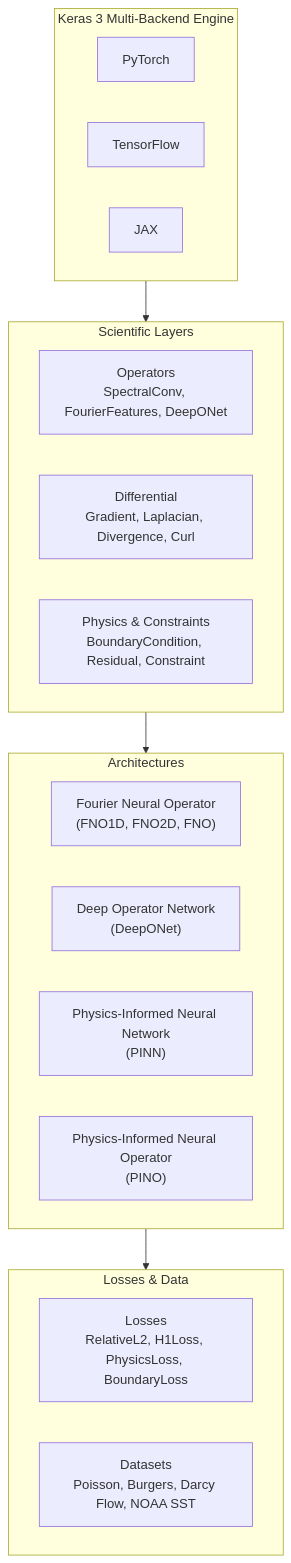
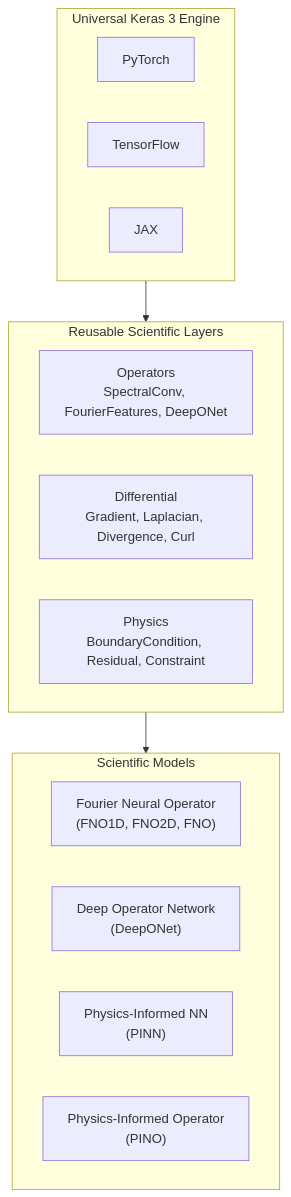
Before and after one commit to anas-rz/keras-sciml: the diagram in docs/index.md, drawn with Mermaid. The commit also changed other lines of this file and 3 other files, not shown here.

````diff
--- a/docs/index.md
+++ b/docs/index.md
@@ -19,30 +152,24 @@
 ```mermaid
 graph TD
-    subgraph Keras3Backend ["Keras 3 Multi-Backend Engine"]
+    subgraph Backends ["Universal Keras 3 Engine"]
         PT["PyTorch"]
         TF["TensorFlow"]
         JX["JAX"]
     end
 
-    subgraph CoreLayers ["Scientific Layers"]
+    subgraph Layers ["Reusable Scientific Layers"]
         OP["Operators<br/>SpectralConv, FourierFeatures, DeepONet"]
         DIFF["Differential<br/>Gradient, Laplacian, Divergence, Curl"]
-        PHYS["Physics & Constraints<br/>BoundaryCondition, Residual, Constraint"]
+        PHYS["Physics<br/>BoundaryCondition, Residual, Constraint"]
     end
 
-    subgraph ScientificModels ["Architectures"]
+    subgraph Architectures ["Scientific Models"]
         FNO["Fourier Neural Operator<br/>(FNO1D, FNO2D, FNO)"]
         DON["Deep Operator Network<br/>(DeepONet)"]
-        PINN["Physics-Informed Neural Network<br/>(PINN)"]
-        PINO["Physics-Informed Neural Operator<br/>(PINO)"]
+        PINN["Physics-Informed NN<br/>(PINN)"]
+        PINO["Physics-Informed Operator<br/>(PINO)"]
     end
 
-    subgraph LossesAndData ["Losses & Data"]
-        LOSS["Losses<br/>RelativeL2, H1Loss, PhysicsLoss, BoundaryLoss"]
-        DATA["Datasets<br/>Poisson, Burgers, Darcy Flow, NOAA SST"]
-    end
-
-    Keras3Backend --> CoreLayers
-    CoreLayers --> ScientificModels
-    ScientificModels --> LossesAndData
+    Backends --> Layers
+    Layers --> Architectures
 ```
````
